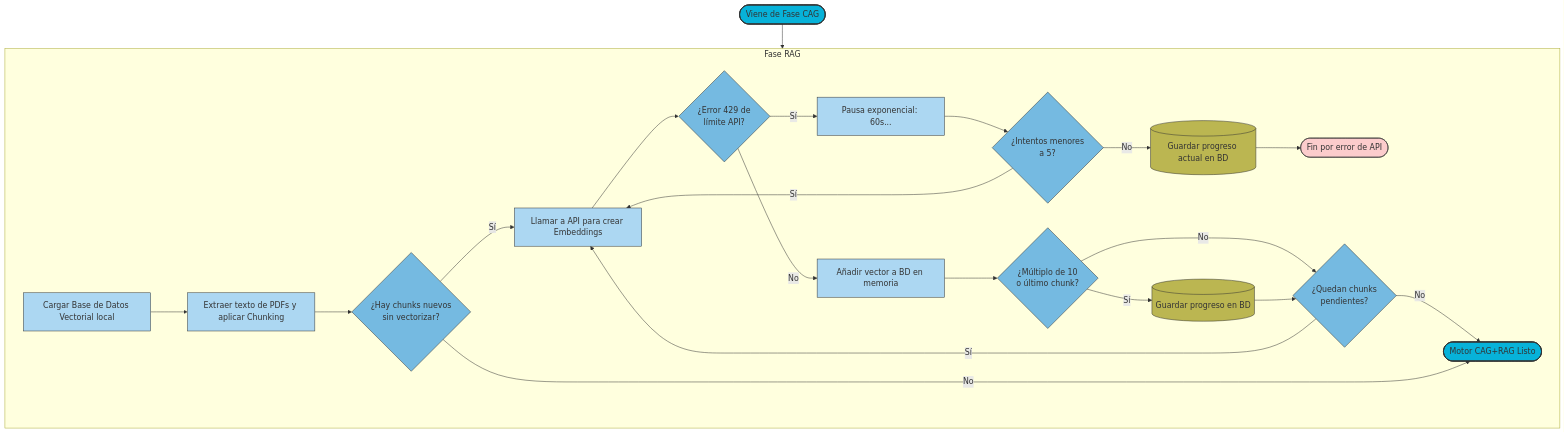
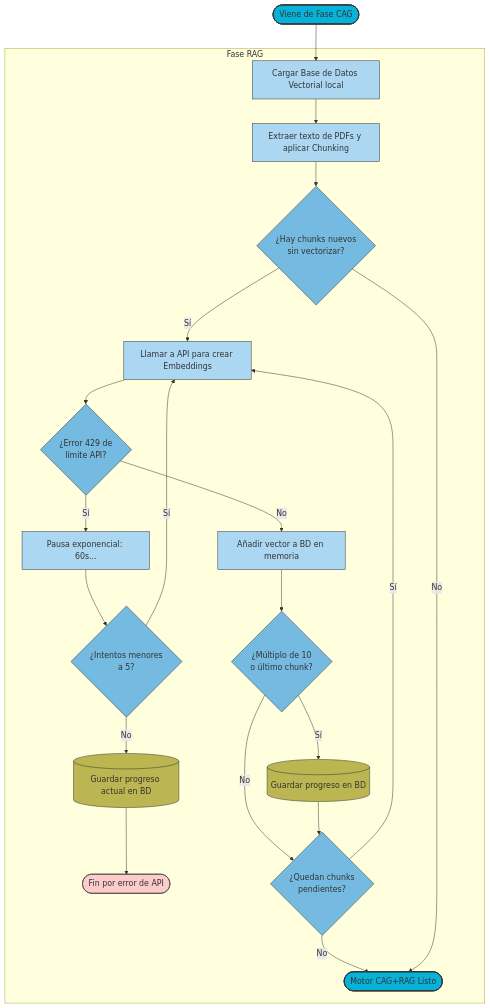
Before and after one commit to arosaas/TFG_5G_LLM: the second of 8 diagrams in flowchart.md, drawn with Mermaid. The commit also changed other lines of this file and 244 other files, not shown here.

````diff
--- a/flowchart.md
+++ b/flowchart.md
@@ -30,46 +30,45 @@
 ```mermaid
 flowchart TD
     %% Definición de estilos
     classDef startEnd fill:#07B2D9,stroke:#333,stroke-width:2px;
     classDef process fill:#ACD7F2,stroke:#333,stroke-width:1px;
     classDef decision fill:#75BAE1,stroke:#333,stroke-width:1px;
     classDef database fill:#bbb651,stroke:#333,stroke-width:1px;
     classDef error fill:#fccccc,stroke:#333,stroke-width:1px;
 
     %% Nodo conector
     A2([Viene de Fase CAG]) --> F
 
     subgraph Fase RAG
-        direction LR
         F[Cargar Base de Datos Vectorial local] --> G[Extraer texto de PDFs y aplicar Chunking]
         G --> I{¿Hay chunks nuevos<br>sin vectorizar?}
         
         I -- Sí --> J[Llamar a API para crear Embeddings]
         
         J --> K{¿Error 429 de<br>límite API?}
         K -- Sí --> L[Pausa exponencial: 60s...]
         L --> M{¿Intentos menores<br>a 5?}
         M -- Sí --> J
         M -- No --> P[(Guardar progreso actual en BD)]
         P --> Q([Fin por error de API])
         
         K -- No --> R[Añadir vector a BD en memoria]
         R --> S{¿Múltiplo de 10<br>o último chunk?}
         S -- Sí --> T[(Guardar progreso en BD)]
         S -- No --> U
         T --> U{¿Quedan chunks<br>pendientes?}
         U -- Sí --> J
         U -- No --> V
         
         I -- No --> V
     end
 
     V([Motor CAG+RAG Listo])
 
     %% Asignación de Clases
     class A2,V startEnd;
     class F,G,J,L,R process;
     class I,K,M,S,U decision;
     class P,T database;
     class Q error;
 ```
````
